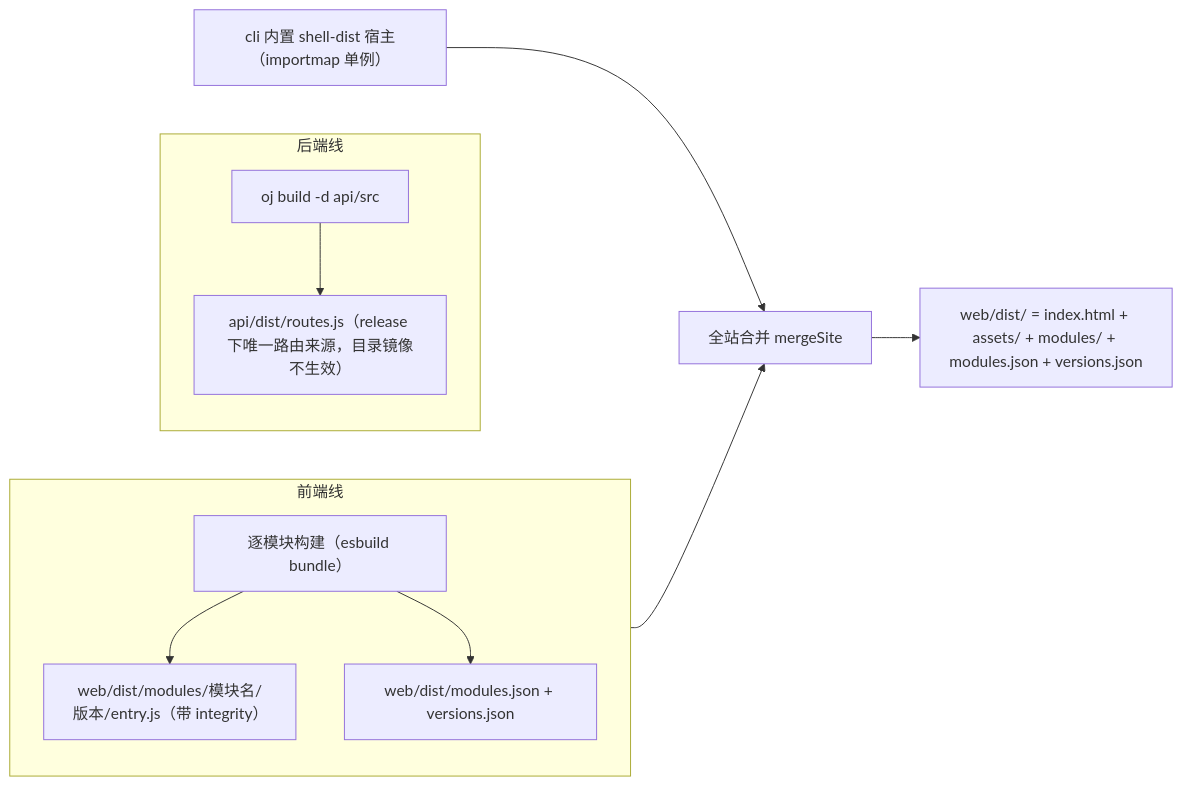
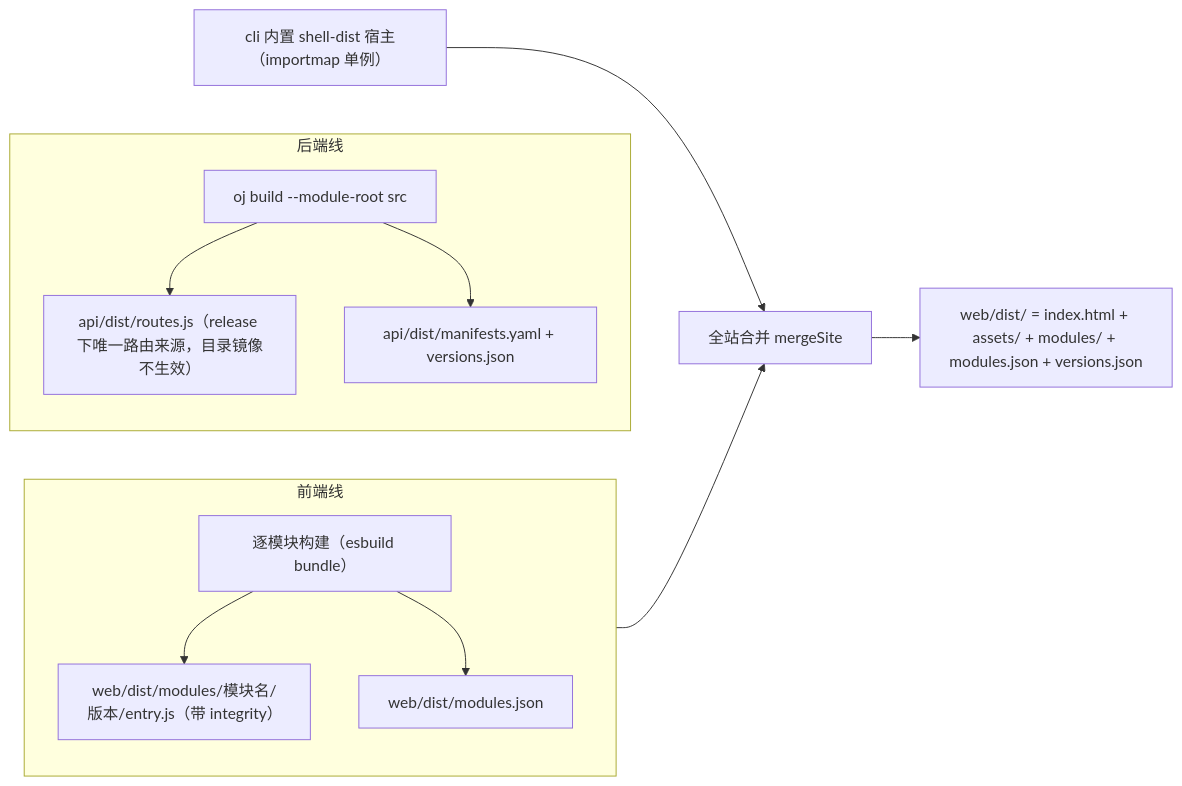
Before and after one commit to everpan/oj-module: the second of 4 diagrams in docs/devkit/manual.md, drawn with Mermaid. The commit also changed other lines of this file and 6 other files, not shown here.

First line of the commit message:
docs(devkit): 对齐布局 v2 —— module-root 单树、两处产物根与 0.2.20

````diff
--- a/docs/devkit/manual.md
+++ b/docs/devkit/manual.md
@@ -1309,15 +1392,16 @@
 ```mermaid
 flowchart LR
   subgraph backend["后端线"]
     direction TB
-    OJB["oj build -d api/src"] --> RD["api/dist/routes.js（release 下唯一路由来源，目录镜像不生效）"]
+    OJB["oj build --module-root src"] --> RD["api/dist/routes.js（release 下唯一路由来源，目录镜像不生效）"]
+    OJB --> MV["api/dist/manifests.yaml + versions.json"]
   end
   subgraph frontend["前端线"]
     direction TB
     MB["逐模块构建（esbuild bundle）"] --> EN["web/dist/modules/模块名/版本/entry.js（带 integrity）"]
-    MB --> MJ["web/dist/modules.json + versions.json"]
+    MB --> MJ["web/dist/modules.json"]
   end
   HOST["cli 内置 shell-dist 宿主（importmap 单例）"] --> MERGE["全站合并 mergeSite"]
   MJ --> MERGE
   MERGE --> SITE["web/dist/ = index.html + assets/ + modules/ + modules.json + versions.json"]
 ```
````
